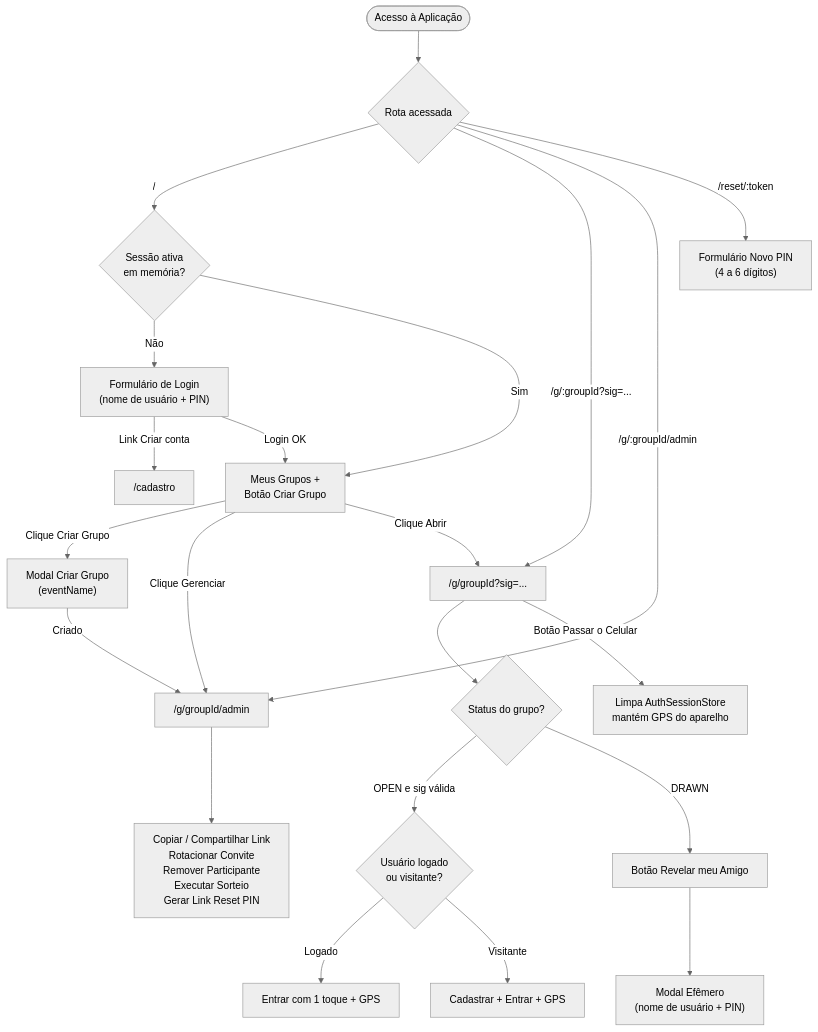
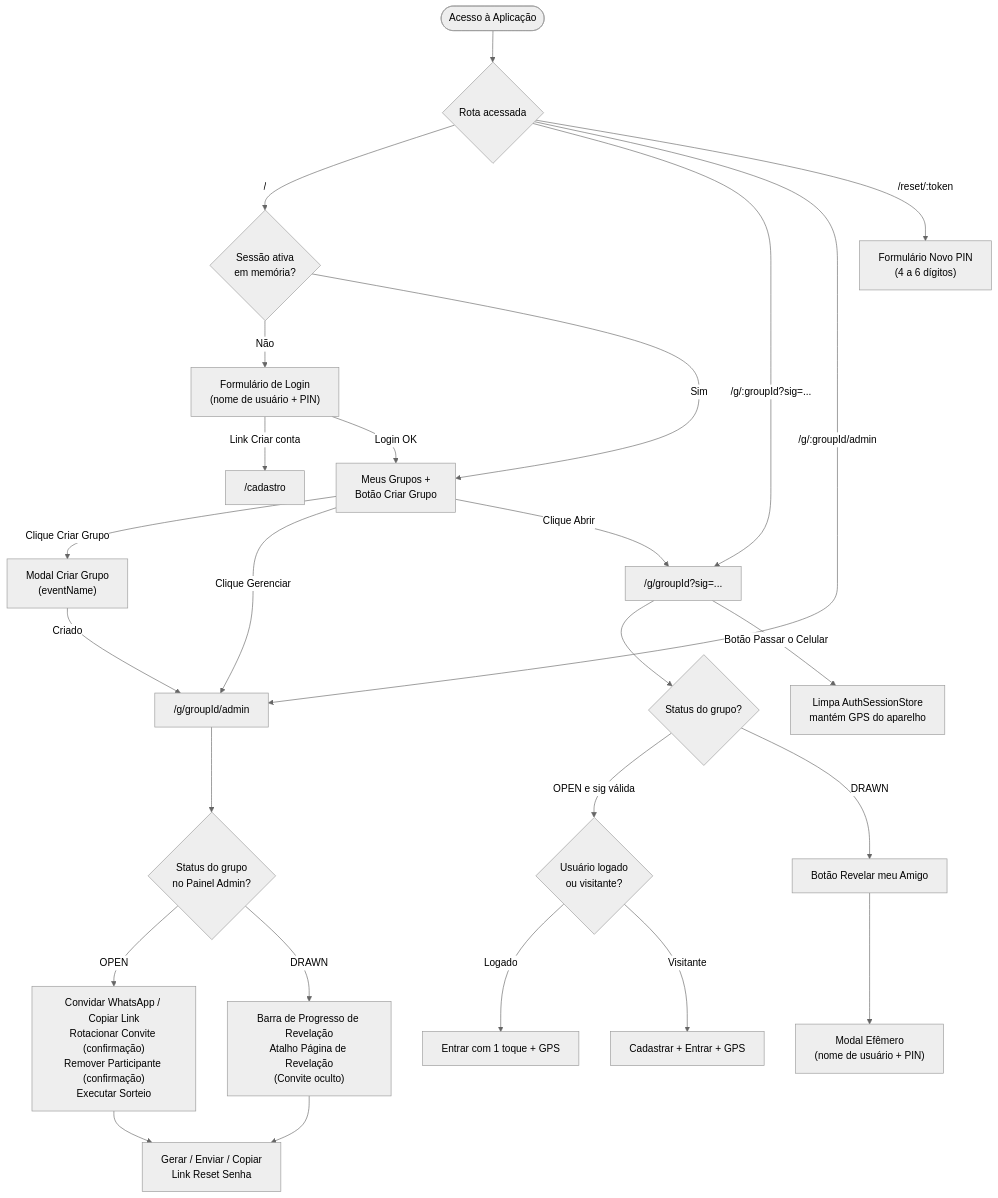
Before and after one commit to tiaggofg/secret-santa: the first of 5 diagrams in docs/fluxos-e-sequencias.md, drawn with Mermaid (neutral theme). The commit also changed 5 other files, not shown here.

````diff
--- a/docs/fluxos-e-sequencias.md
+++ b/docs/fluxos-e-sequencias.md
@@ -9,28 +9,32 @@
 ```mermaid
 flowchart TD
     Start(["Acesso à Aplicação"]) --> Route{"Rota acessada"}
 
     Route -->|"/"| CheckAuth{"Sessão ativa<br/>em memória?"}
     CheckAuth -->|"Não"| LoginForm["Formulário de Login<br/>(nome de usuário + PIN)"]
     LoginForm -->|"Link Criar conta"| RegPage["/cadastro"]
     LoginForm -->|"Login OK"| MyGroups["Meus Grupos +<br/>Botão Criar Grupo"]
     CheckAuth -->|"Sim"| MyGroups
     MyGroups -->|"Clique Criar Grupo"| CreateModal["Modal Criar Grupo<br/>(eventName)"]
     CreateModal -->|"Criado"| AdminPage["/g/groupId/admin"]
     MyGroups -->|"Clique Gerenciar"| AdminPage
     MyGroups -->|"Clique Abrir"| PubPage["/g/groupId?sig=..."]
 
     Route -->|"/g/:groupId?sig=..."| PubPage
     PubPage --> GroupState{"Status do grupo?"}
     GroupState -->|"OPEN e sig válida"| JoinFlow{"Usuário logado<br/>ou visitante?"}
     JoinFlow -->|"Logado"| JoinAuth["Entrar com 1 toque + GPS"]
     JoinFlow -->|"Visitante"| JoinVisitor["Cadastrar + Entrar + GPS"]
     PubPage -->|"Botão Passar o Celular"| ClearSession["Limpa AuthSessionStore<br/>mantém GPS do aparelho"]
     GroupState -->|"DRAWN"| RevealBtn["Botão Revelar meu Amigo"]
     RevealBtn --> RevealModal["Modal Efêmero<br/>(nome de usuário + PIN)"]
 
     Route -->|"/g/:groupId/admin"| AdminPage
-    AdminPage --> AdminActions["Copiar / Compartilhar Link<br/>Rotacionar Convite<br/>Remover Participante<br/>Executar Sorteio<br/>Gerar Link Reset PIN"]
+    AdminPage --> AdminState{"Status do grupo<br/>no Painel Admin?"}
+    AdminState -->|"OPEN"| AdminOpen["Convidar WhatsApp / Copiar Link<br/>Rotacionar Convite (confirmação)<br/>Remover Participante (confirmação)<br/>Executar Sorteio"]
+    AdminState -->|"DRAWN"| AdminDrawn["Barra de Progresso de Revelação<br/>Atalho Página de Revelação<br/>(Convite oculto)"]
+    AdminOpen --> AdminReset["Gerar / Enviar / Copiar<br/>Link Reset Senha"]
+    AdminDrawn --> AdminReset
 
     Route -->|"/reset/:token"| ResetPage["Formulário Novo PIN<br/>(4 a 6 dígitos)"]
 ```
````
